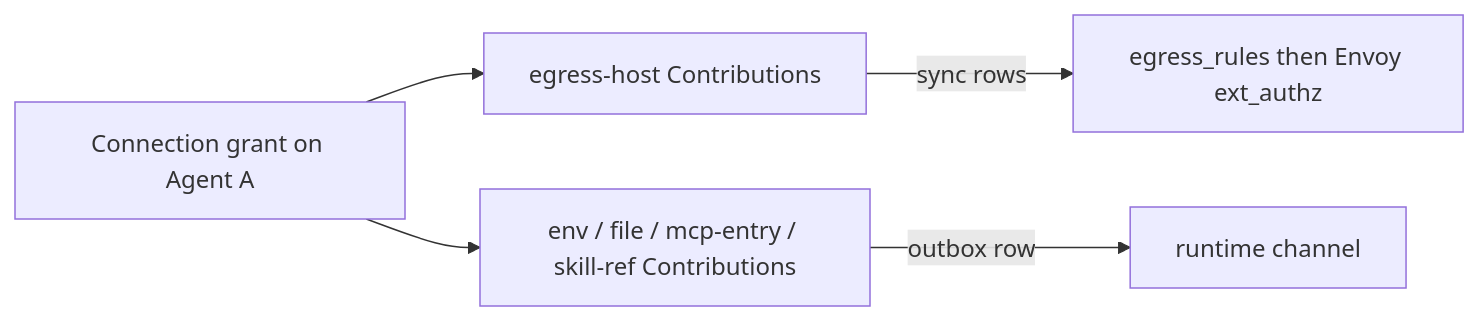
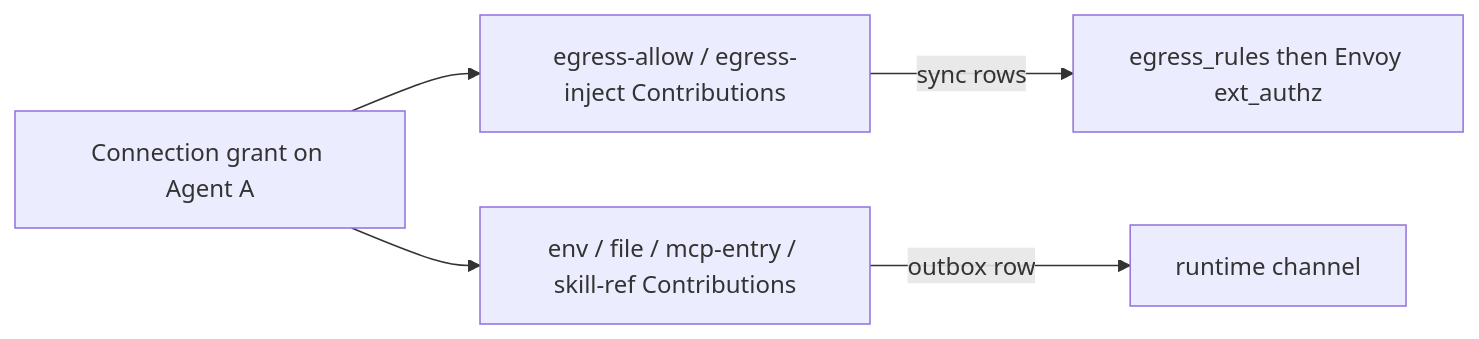
Before and after one commit to subbyte/dam: the first of 6 diagrams in docs/architecture/connections.md, drawn with Mermaid. The commit also changed other lines of this file and 3 other files, not shown here.

````diff
--- a/docs/architecture/connections.md
+++ b/docs/architecture/connections.md
@@ -27,13 +27,13 @@
 ```mermaid
 flowchart LR
   grant[Connection grant on Agent A]
-  hostRail[egress-host Contributions]
+  hostRail[egress-allow / egress-inject Contributions]
   rtRail[env / file / mcp-entry / skill-ref Contributions]
   envoy[egress_rules then Envoy ext_authz]
   channel[runtime channel]
 
   grant --> hostRail
   grant --> rtRail
   hostRail -->|sync rows| envoy
   rtRail -->|outbox row| channel
 ```
````
